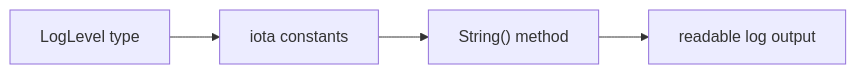
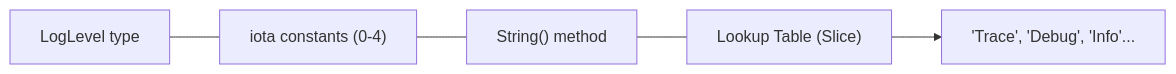
Before and after one commit to rasel9t6/the-go-engineer: the diagram in 02-language-basics/4-application-logger/README.md, drawn with Mermaid. The commit also changed other lines of this file and 36 other files, not shown here.

````diff
--- a/02-language-basics/4-application-logger/README.md
+++ b/02-language-basics/4-application-logger/README.md
@@ -27,6 +27,7 @@
 ```mermaid
 graph LR
-    A["LogLevel type"] --> B["iota constants"]
-    B --> C["String() method"]
-    C --> D["readable log output"]
+    A["LogLevel type"] --- B["iota constants (0-4)"]
+    B --- C["String() method"]
+    C --- D["Lookup Table (Slice)"]
+    D --> E["'Trace', 'Debug', 'Info'..."]
 ```
````
